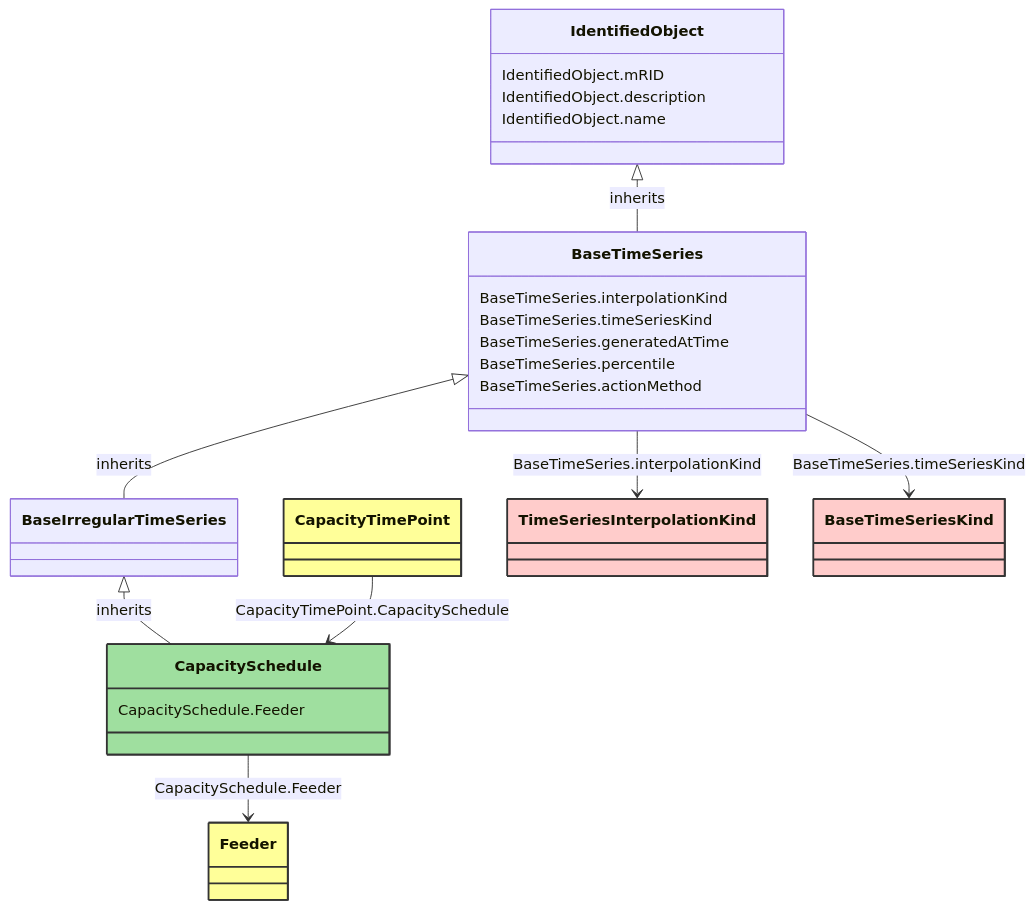
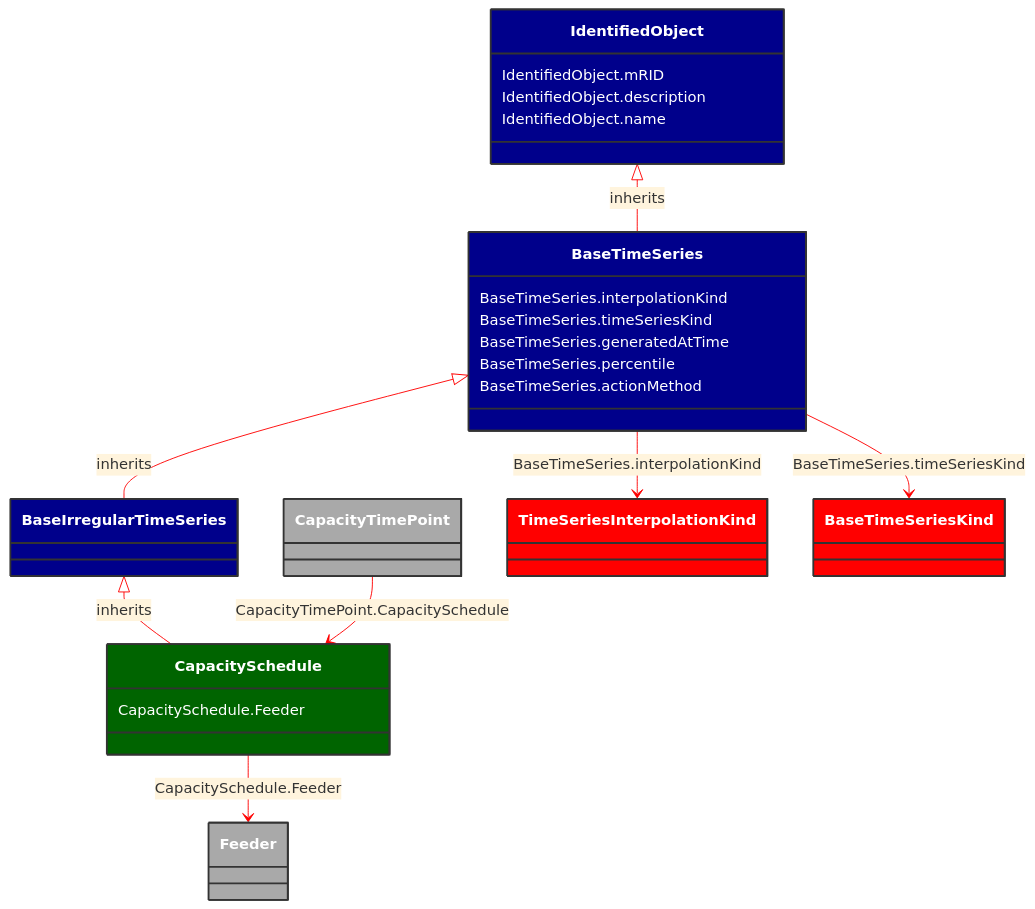
Before and after one commit to 3lbits/NoCIMExtensions: the diagram in docs/Models/Profiles/WattApp/ConcreteClasses/CapacitySchedule.md, drawn with Mermaid. The commit also changed 16 other files, not shown here.

Commit message:
Fixed mermaid colors and footer issue

````diff
--- a/docs/Models/Profiles/WattApp/ConcreteClasses/CapacitySchedule.md
+++ b/docs/Models/Profiles/WattApp/ConcreteClasses/CapacitySchedule.md
@@ -8,55 +8,56 @@
 ```mermaid
+%%{init: {'theme':'base','themeVariables': {'lineColor': '#FF0000'}}}%%
 classDiagram
     class CapacitySchedule
     click CapacitySchedule href "/Models/Profiles/WattApp/ConcreteClasses/CapacitySchedule/"
-    style CapacitySchedule fill:#9fdf9f,stroke:#333,stroke-width:2px,rx:10,ry:10
+    style CapacitySchedule fill:#006400,stroke:#333,stroke-width:2px,rx:10,ry:10,color:white
 
         BaseIrregularTimeSeries <|-- CapacitySchedule : inherits
             click BaseIrregularTimeSeries href "/Models/Profiles/WattApp/AbstractClasses/BaseIrregularTimeSeries/"
-            style BaseIrregularTimeSeries rx:10,ry:10
+            style BaseIrregularTimeSeries fill:#00008B,stroke:#333,stroke-width:2px,rx:10,ry:10,color:white
 
         CapacitySchedule
             click CapacitySchedule href "/Models/Profiles/WattApp/ConcreteClasses/CapacitySchedule/"
-            style CapacitySchedule rx:10,ry:10
+            style BaseIrregularTimeSeries fill:#00008B,stroke:#333,stroke-width:2px,rx:10,ry:10,color:white
 
         BaseTimeSeries <|-- BaseIrregularTimeSeries : inherits
             click BaseTimeSeries href "/Models/Profiles/WattApp/AbstractClasses/BaseTimeSeries/"
-            style BaseTimeSeries rx:10,ry:10
+            style BaseTimeSeries fill:#00008B,stroke:#333,stroke-width:2px,rx:10,ry:10,color:white
 
         IdentifiedObject <|-- BaseTimeSeries : inherits
             click IdentifiedObject href "/Models/Profiles/WattApp/AbstractClasses/IdentifiedObject/"
-            style IdentifiedObject rx:10,ry:10
+            style IdentifiedObject fill:#00008B,stroke:#333,stroke-width:2px,rx:10,ry:10,color:white
 
         CapacitySchedule --> Feeder : CapacitySchedule.Feeder
 
         Feeder
             click Feeder href "/Models/Profiles/WattApp/ConcreteClasses/Feeder/"
-            style Feeder fill:#ffff99,stroke:#333,stroke-width:2px,rx:10,ry:10
+            style Feeder fill:#A9A9A9,stroke:#333,stroke-width:2px,rx:10,ry:10,color:white
 
         CapacityTimePoint --> CapacitySchedule : CapacityTimePoint.CapacitySchedule
 
         CapacityTimePoint
             click CapacityTimePoint href "/Models/Profiles/WattApp/ConcreteClasses/CapacityTimePoint/"
-            style CapacityTimePoint fill:#ffff99,stroke:#333,stroke-width:2px,rx:10,ry:10
+            style CapacityTimePoint fill:#A9A9A9,stroke:#333,stroke-width:2px,rx:10,ry:10,color:white
 
         BaseTimeSeries --> TimeSeriesInterpolationKind : BaseTimeSeries.interpolationKind
 
         TimeSeriesInterpolationKind
             click TimeSeriesInterpolationKind href "/Models/Profiles/WattApp/Enumerations/TimeSeriesInterpolationKind/"
-            style TimeSeriesInterpolationKind fill:#FFCCCB,stroke:#333,stroke-width:2px,rx:10,ry:10
+            style TimeSeriesInterpolationKind fill:#FF0000,stroke:#333,stroke-width:2px,rx:10,ry:10,color:white
         BaseTimeSeries --> BaseTimeSeriesKind : BaseTimeSeries.timeSeriesKind
 
         BaseTimeSeriesKind
             click BaseTimeSeriesKind href "/Models/Profiles/WattApp/Enumerations/BaseTimeSeriesKind/"
-            style BaseTimeSeriesKind fill:#FFCCCB,stroke:#333,stroke-width:2px,rx:10,ry:10
+            style BaseTimeSeriesKind fill:#FF0000,stroke:#333,stroke-width:2px,rx:10,ry:10,color:white
 
         CapacitySchedule : CapacitySchedule.Feeder
         BaseTimeSeries : BaseTimeSeries.interpolationKind
         BaseTimeSeries : BaseTimeSeries.timeSeriesKind
         BaseTimeSeries : BaseTimeSeries.generatedAtTime
         BaseTimeSeries : BaseTimeSeries.percentile
         BaseTimeSeries : BaseTimeSeries.actionMethod
         IdentifiedObject : IdentifiedObject.mRID
         IdentifiedObject : IdentifiedObject.description
         IdentifiedObject : IdentifiedObject.name
 ```
````
